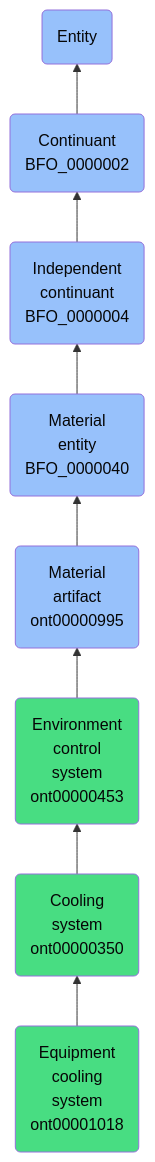
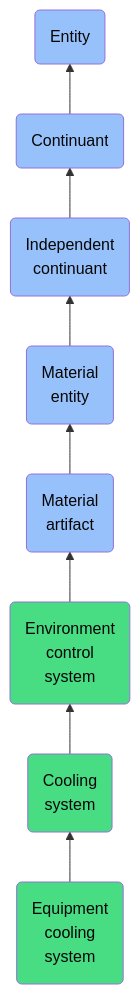
The diagram in docs/ontology/reference/model/Entity/Continuant/Independent continuant/Material entity/Material artifact/Environment control system/Cooling system/Equipment cooling system/Equipment cooling system.md (jupyter-naas/abi), drawn with Mermaid before and after one commit. The commit also changed other lines of this file and 1430 other files, not shown here.

````diff
--- a/docs/ontology/reference/model/Entity/Continuant/Independent continuant/Material entity/Material artifact/Environment control system/Cooling system/Equipment cooling system/Equipment cooling system.md
+++ b/docs/ontology/reference/model/Entity/Continuant/Independent continuant/Material entity/Material artifact/Environment control system/Cooling system/Equipment cooling system/Equipment cooling system.md
@@ -24,15 +24,15 @@
 ```mermaid
 graph BT
-    ont00001018(Equipment<br>cooling<br>system<br>ont00001018):::ABI-->ont00000350
-    ont00000350(Cooling<br>system<br>ont00000350):::ABI-->ont00000453
-    ont00000453(Environment<br>control<br>system<br>ont00000453):::ABI-->ont00000995
-    ont00000995(Material<br>artifact<br>ont00000995):::BFO-->BFO_0000040
-    BFO_0000040(Material<br>entity<br>BFO_0000040):::BFO-->BFO_0000004
-    BFO_0000004(Independent<br>continuant<br>BFO_0000004):::BFO-->BFO_0000002
-    BFO_0000002(Continuant<br>BFO_0000002):::BFO-->BFO_0000001
+    ont00001018(Equipment<br>cooling<br>system):::ABI-->ont00000350
+    ont00000350(Cooling<br>system):::ABI-->ont00000453
+    ont00000453(Environment<br>control<br>system):::ABI-->ont00000995
+    ont00000995(Material<br>artifact):::BFO-->BFO_0000040
+    BFO_0000040(Material<br>entity):::BFO-->BFO_0000004
+    BFO_0000004(Independent<br>continuant):::BFO-->BFO_0000002
+    BFO_0000002(Continuant):::BFO-->BFO_0000001
     BFO_0000001(Entity):::BFO
     
     classDef BFO fill:#97c1fb,color:#060606
     classDef CCO fill:#e4c51e,color:#060606
     classDef ABI fill:#48DD82,color:#060606
 ```
````
